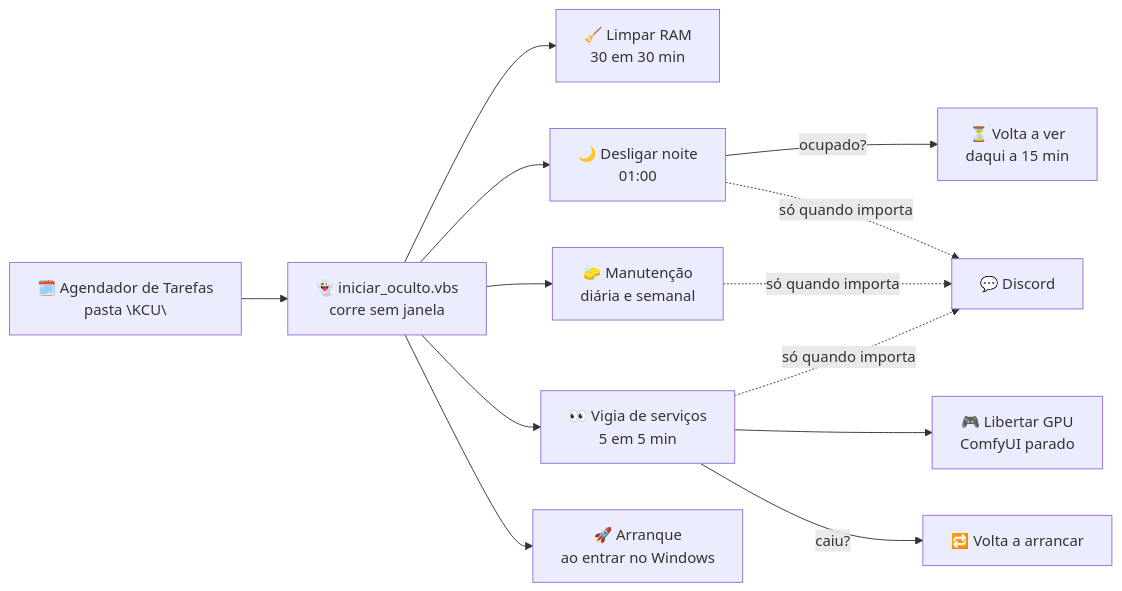
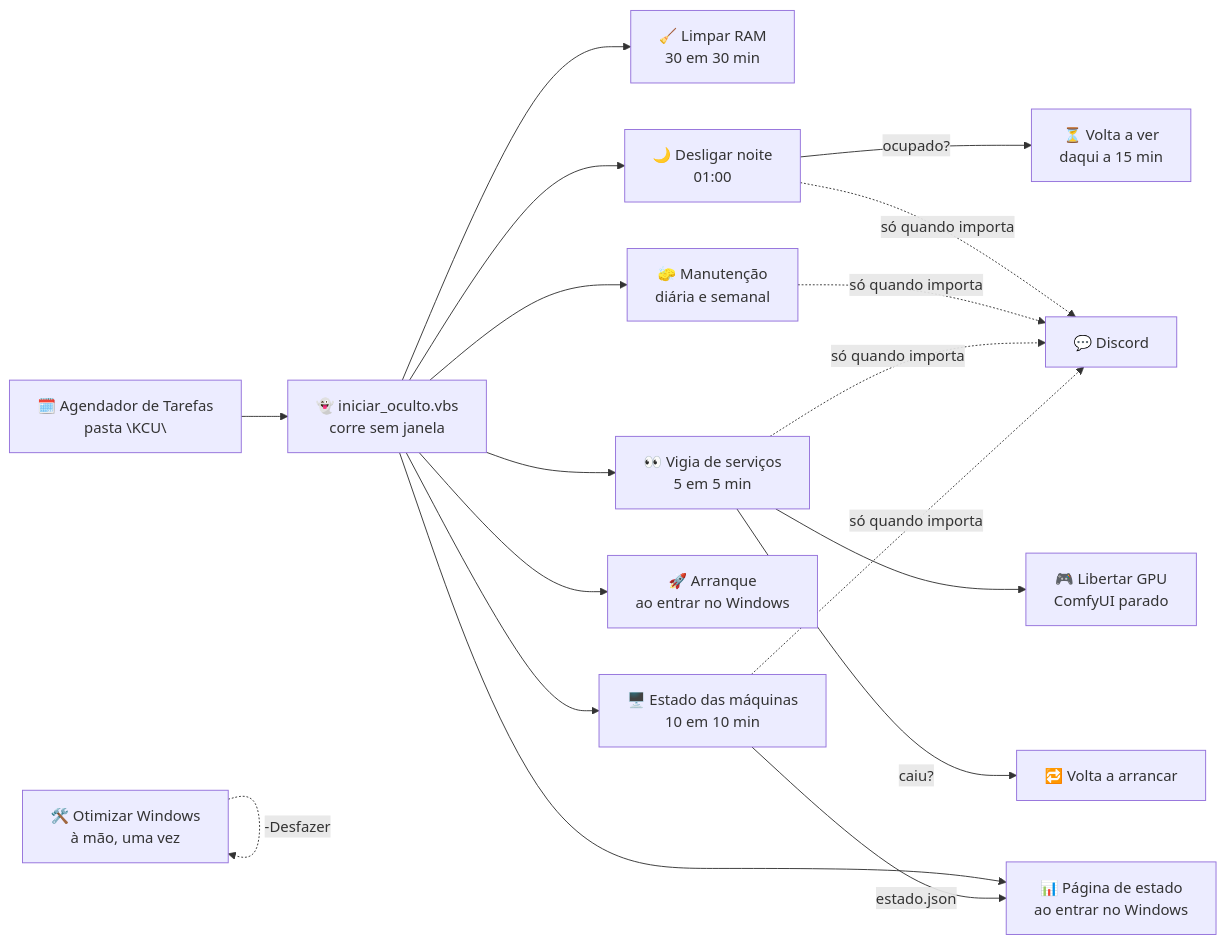
The diagram in README.md (KCUServices/kcu-automaticos), drawn with Mermaid before and after one commit. The commit also changed other lines of this file and 12 other files, not shown here.

Commit message:
Estado das maquinas, pagina de estado e otimizar Windows

````diff
--- a/README.md
+++ b/README.md
@@ -11,13 +11,17 @@
 ```mermaid
 flowchart LR
     agenda["🗓️ Agendador de Tarefas<br/>pasta \KCU\"] --> vbs["👻 iniciar_oculto.vbs<br/>corre sem janela"]
     vbs --> ram["🧹 Limpar RAM<br/>30 em 30 min"]
     vbs --> noite["🌙 Desligar noite<br/>01:00"]
     vbs --> manut["🧽 Manutenção<br/>diária e semanal"]
     vbs --> vigia["👀 Vigia de serviços<br/>5 em 5 min"]
     vbs --> arr["🚀 Arranque<br/>ao entrar no Windows"]
+    vbs --> maq["🖥️ Estado das máquinas<br/>10 em 10 min"]
+    vbs --> pag["📊 Página de estado<br/>ao entrar no Windows"]
     vigia --> gpu["🎮 Libertar GPU<br/>ComfyUI parado"]
     vigia -- "caiu?" --> rearr["🔁 Volta a arrancar"]
     noite -- "ocupado?" --> espera["⏳ Volta a ver<br/>daqui a 15 min"]
-    noite & manut & vigia -. "só quando importa" .-> discord["💬 Discord"]
+    maq -- "estado.json" --> pag
+    otim["🛠️ Otimizar Windows<br/>à mão, uma vez"] -. "-Desfazer" .-> otim
+    noite & manut & vigia & maq -. "só quando importa" .-> discord["💬 Discord"]
 ```
````
